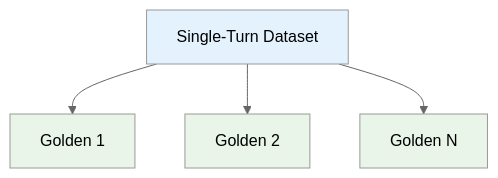
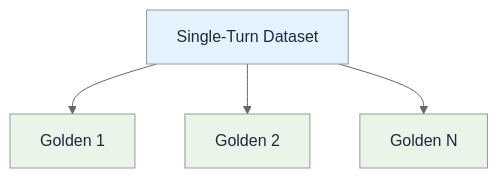
One commit to confident-ai/confident-docs changed the fourth of 5 diagrams in fern/docs/api-docs/data-models.mdx. Above: the diagram before and after it, drawn with Mermaid (neutral theme). The commit also changed other lines of this file and 13 other files, not shown here.

````diff
--- a/fern/docs/api-docs/data-models.mdx
+++ b/fern/docs/api-docs/data-models.mdx
@@ -153,11 +153,11 @@
 ```mermaid
 graph TD
     A[Single-Turn Dataset] --> B[Golden 1]
     A --> C[Golden 2]
     A --> D[Golden N]
 
-    style A fill:#e3f2fd
-    style B fill:#e8f5e8
-    style C fill:#e8f5e8
-    style D fill:#e8f5e8
+    style A fill:#e3f2fd,color:#1e293b
+    style B fill:#e8f5e8,color:#1e293b
+    style C fill:#e8f5e8,color:#1e293b
+    style D fill:#e8f5e8,color:#1e293b
 ```
````
